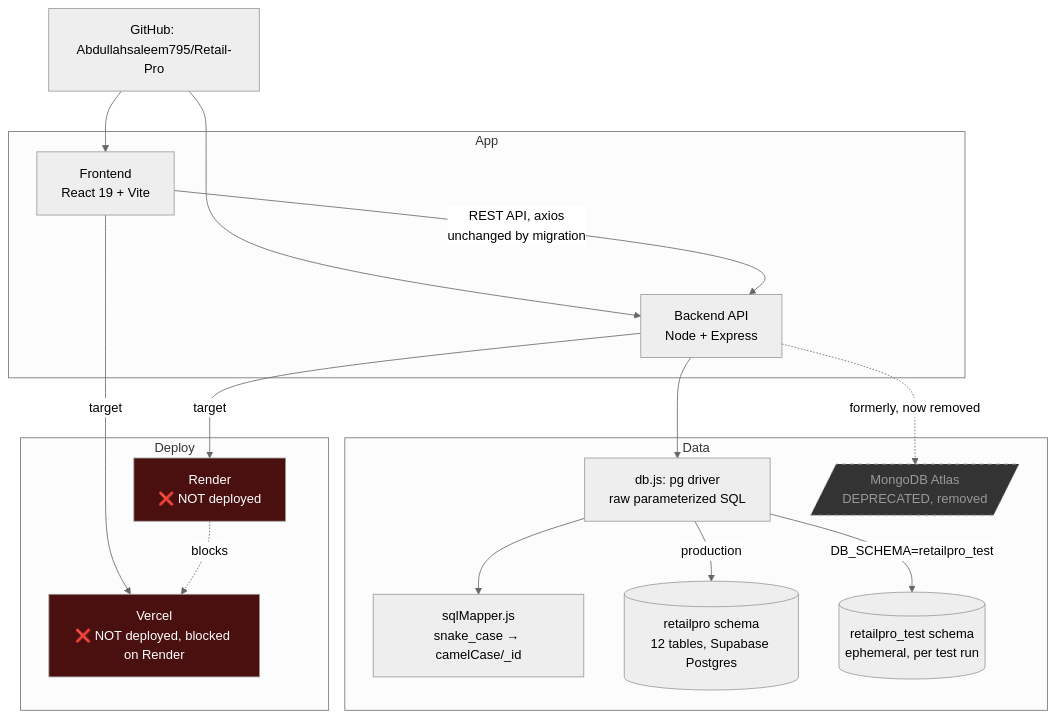
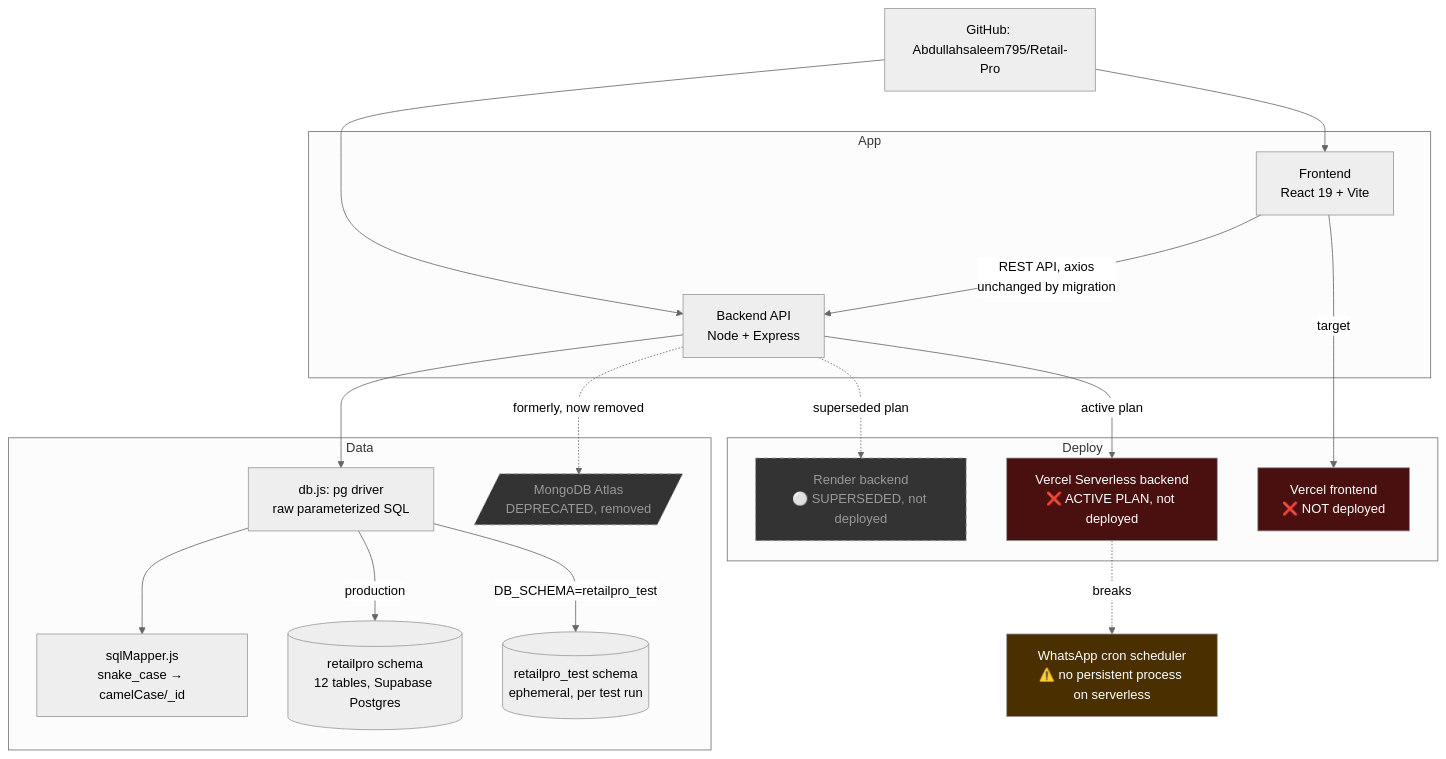
The first of 2 diagrams in docs/knowledge-graph.md (Abdullahsaleem795/Retail-Pro), drawn with Mermaid (neutral theme) before and after one commit. The commit also changed other lines of this file and 1 other file, not shown here.

First line of the commit message:
Update knowledge graph: backend pivoted to Vercel Serverless, ConfirmModal

````diff
--- a/docs/knowledge-graph.md
+++ b/docs/knowledge-graph.md
@@ -15,38 +16,42 @@
 ```mermaid
 graph TD
     repo[GitHub: Abdullahsaleem795/Retail-Pro]
 
     subgraph App
         frontend[Frontend<br/>React 19 + Vite]
         backend[Backend API<br/>Node + Express]
     end
 
     subgraph Data
         pg[db.js: pg driver<br/>raw parameterized SQL]
         mapper[sqlMapper.js<br/>snake_case → camelCase/_id]
         schema[(retailpro schema<br/>12 tables, Supabase Postgres)]
         testschema[(retailpro_test schema<br/>ephemeral, per test run)]
         mongo[/MongoDB Atlas<br/>DEPRECATED, removed/]
     end
 
     subgraph Deploy
-        render[Render<br/>❌ NOT deployed]
-        vercel[Vercel<br/>❌ NOT deployed, blocked on Render]
+        render[Render backend<br/>⚪ SUPERSEDED, not deployed]
+        vbackend[Vercel Serverless backend<br/>❌ ACTIVE PLAN, not deployed]
+        vfrontend[Vercel frontend<br/>❌ NOT deployed]
     end
 
     repo --> frontend
     repo --> backend
     frontend -->|REST API, axios<br/>unchanged by migration| backend
     backend --> pg
     pg --> mapper
     pg -->|production| schema
     pg -->|DB_SCHEMA=retailpro_test| testschema
     backend -.->|formerly, now removed| mongo
-    backend -->|target| render
-    frontend -->|target| vercel
-    render -.blocks.-> vercel
+    backend -.->|superseded plan| render
+    backend -->|active plan| vbackend
+    frontend -->|target| vfrontend
+    vbackend -.breaks.-> whatsapp[WhatsApp cron scheduler<br/>⚠️ no persistent process on serverless]
 
     style mongo fill:#333,color:#999,stroke-dasharray: 5 5
-    style render fill:#4a1010,color:#fff
-    style vercel fill:#4a1010,color:#fff
+    style render fill:#333,color:#999,stroke-dasharray: 5 5
+    style vbackend fill:#4a1010,color:#fff
+    style vfrontend fill:#4a1010,color:#fff
+    style whatsapp fill:#4a3000,color:#fff
 ```
````
